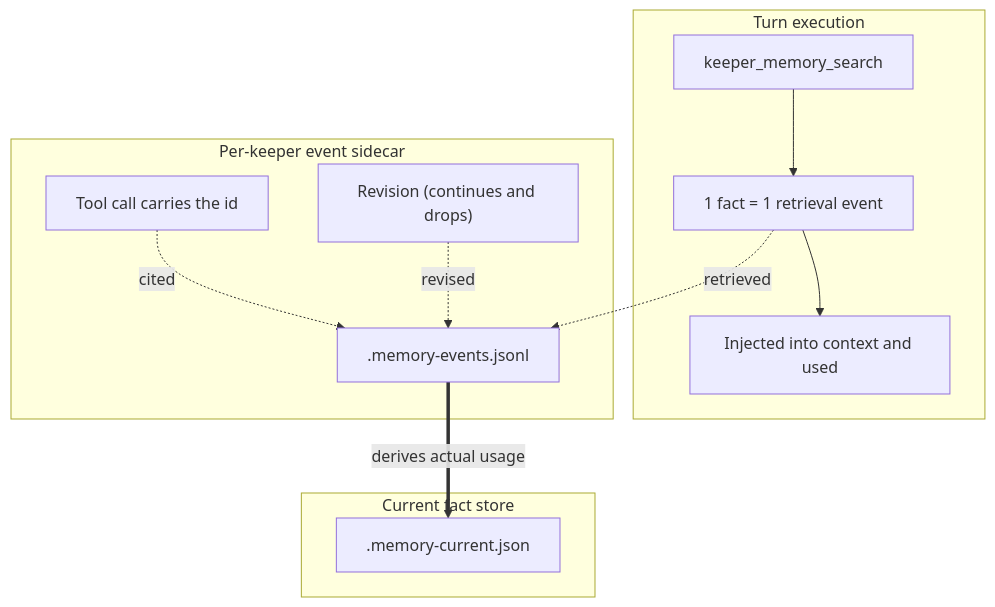
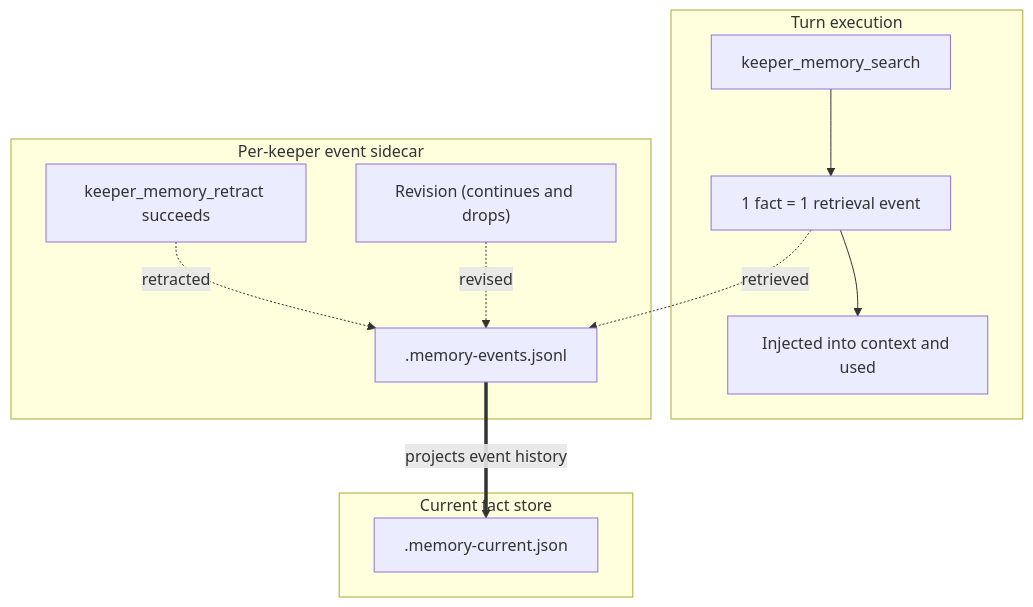
One commit to jeong-sik/masc changed the diagram in docs-site/src/content/docs/architecture/memory-os.md. Above: the diagram before and after it, drawn with Mermaid. The commit also changed other lines of this file and 26 other files, not shown here.

````diff
--- a/docs-site/src/content/docs/architecture/memory-os.md
+++ b/docs-site/src/content/docs/architecture/memory-os.md
@@ -29,17 +29,17 @@
 ```mermaid
 flowchart TD
     subgraph Execution ["Turn execution"]
         Q["keeper_memory_search"] --> RET["1 fact = 1 retrieval event"]
         RET --> USE["Injected into context and used"]
     end
 
     subgraph Sidecar ["Per-keeper event sidecar"]
         RET -.->|"retrieved"| EV["<keeper>.memory-events.jsonl"]
-        TOOL["Tool call carries the id"] -.->|"cited"| EV
+        DROP["keeper_memory_retract succeeds"] -.->|"retracted"| EV
         REV["Revision (continues and drops)"] -.->|"revised"| EV
     end
 
     subgraph Facts ["Current fact store"]
-        EV ==>|"derives actual usage"| DB["<keeper>.memory-current.json"]
+        EV ==>|"projects event history"| DB["<keeper>.memory-current.json"]
     end
 ```
````
